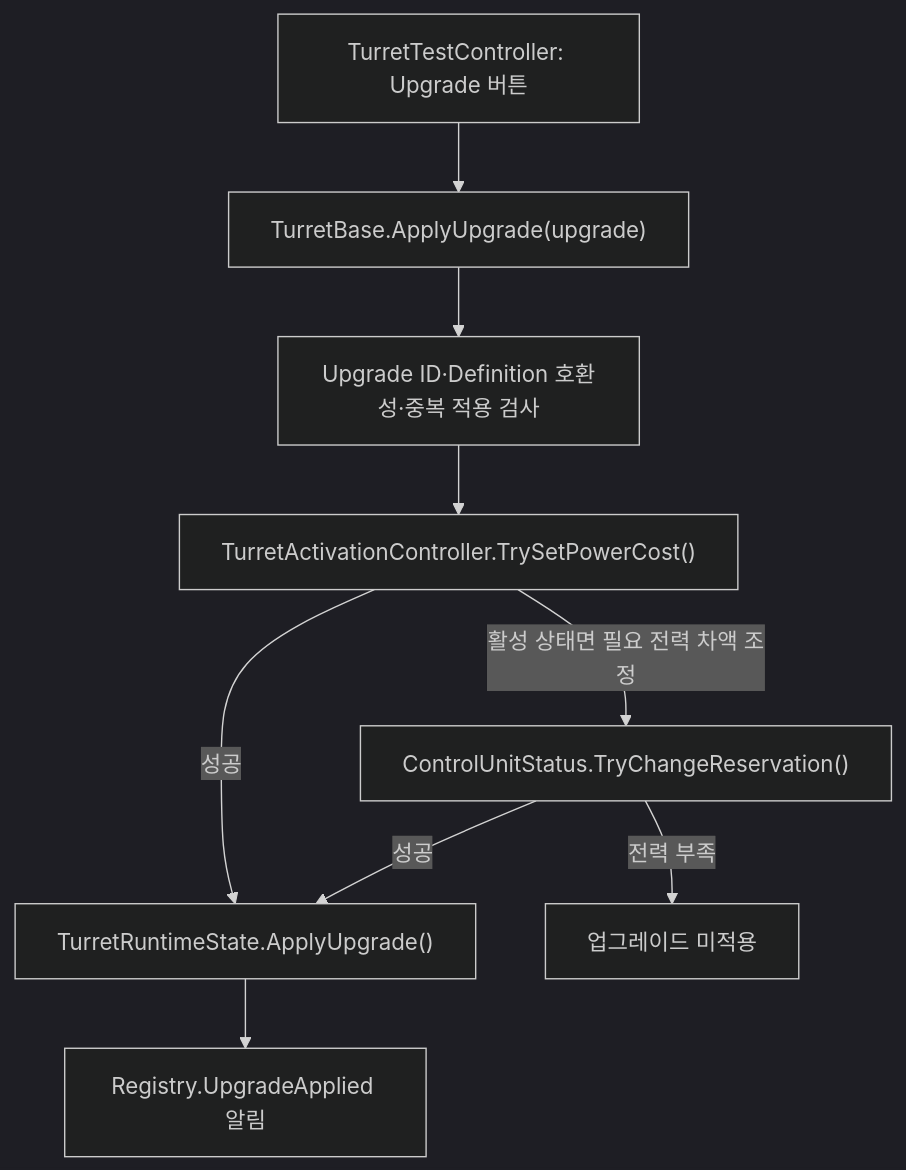
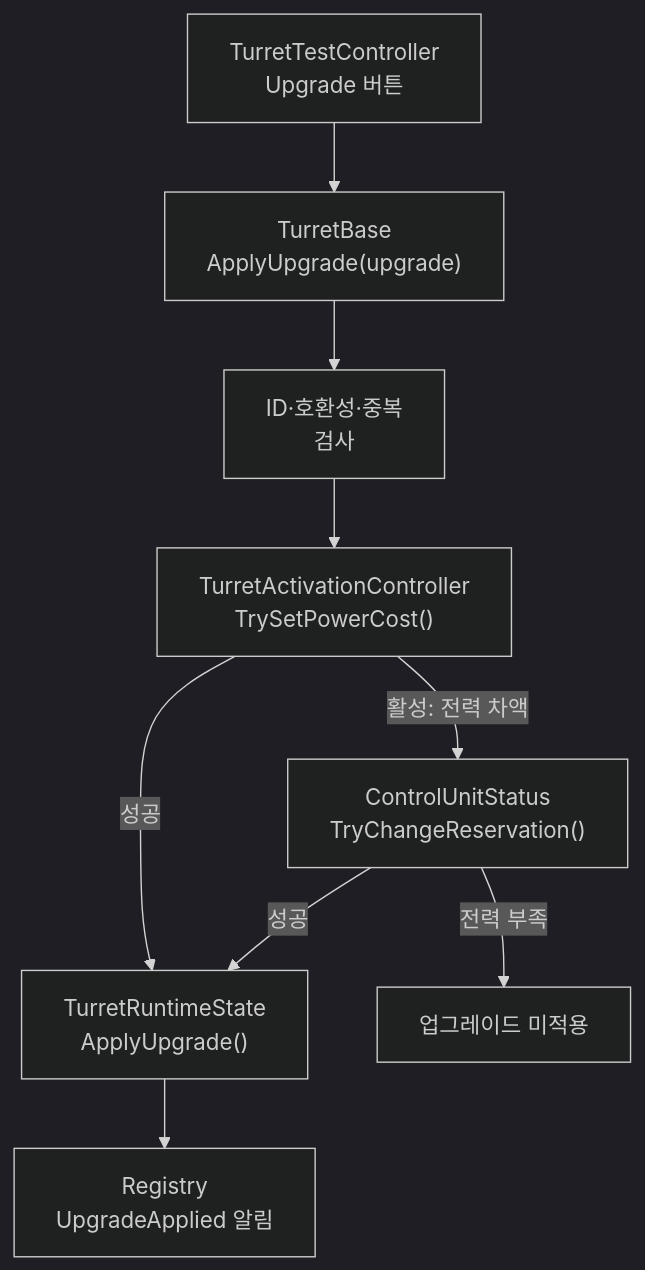
Before and after one commit to Team-HJD-21/unity-6-the-developer: the ninth of 11 diagrams in Docs/architecture/turret-system-guide.md, drawn with Mermaid (dark theme). The commit also changed other lines of this file and 1 other file, not shown here.

Commit message:
Docs(turret) : prevent text clipping in diagrams

````diff
--- a/Docs/architecture/turret-system-guide.md
+++ b/Docs/architecture/turret-system-guide.md
@@ -349,11 +357,11 @@
 ```mermaid
 flowchart TD
-    UI["TurretTestController: Upgrade 버튼"] --> Base["TurretBase.ApplyUpgrade(upgrade)"]
-    Base --> Check["Upgrade ID·Definition 호환성·중복 적용 검사"]
-    Check --> Power["TurretActivationController.TrySetPowerCost()"]
-    Power -->|활성 상태면 필요 전력 차액 조정| CU["ControlUnitStatus.TryChangeReservation()"]
-    Power -->|성공| State["TurretRuntimeState.ApplyUpgrade()"]
+    UI["TurretTestController<br>Upgrade 버튼"] --> Base["TurretBase<br>ApplyUpgrade(upgrade)"]
+    Base --> Check["ID·호환성·중복<br>검사"]
+    Check --> Power["TurretActivationController<br>TrySetPowerCost()"]
+    Power -->|활성: 전력 차액| CU["ControlUnitStatus<br>TryChangeReservation()"]
+    Power -->|성공| State["TurretRuntimeState<br>ApplyUpgrade()"]
     CU -->|성공| State
     CU -->|전력 부족| Reject["업그레이드 미적용"]
-    State --> Event["Registry.UpgradeApplied 알림"]
+    State --> Event["Registry<br>UpgradeApplied 알림"]
 ```
````
